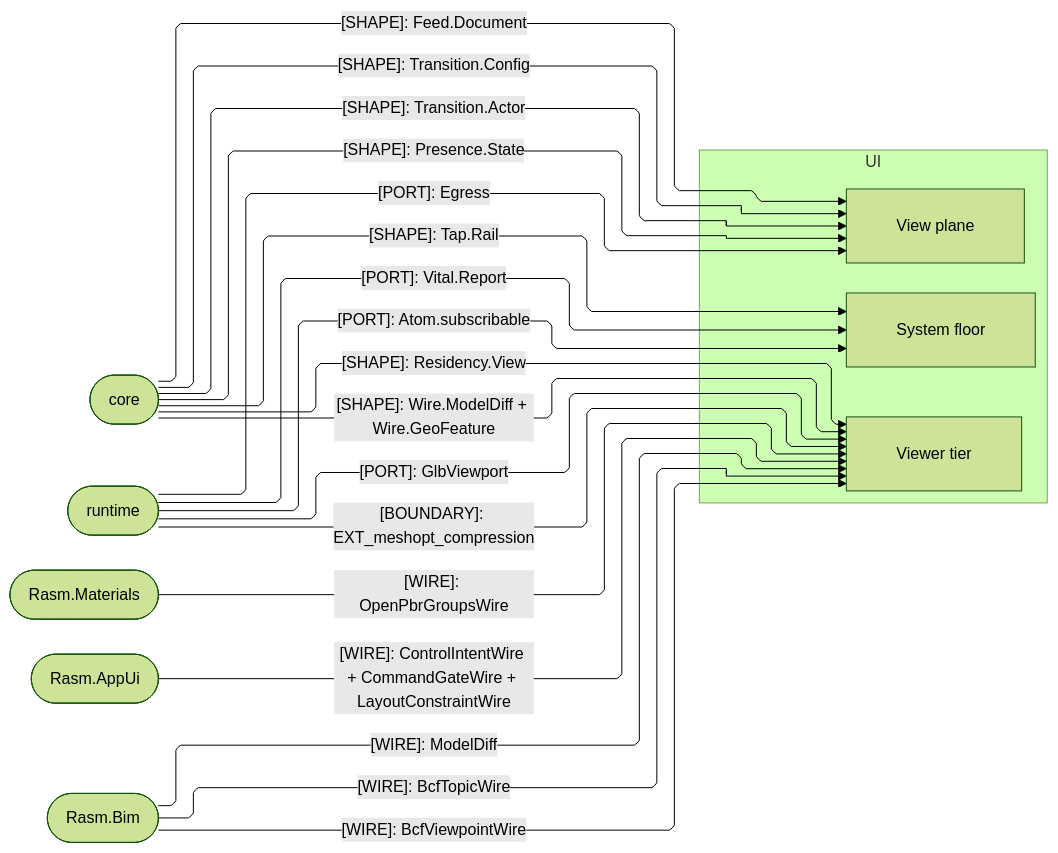
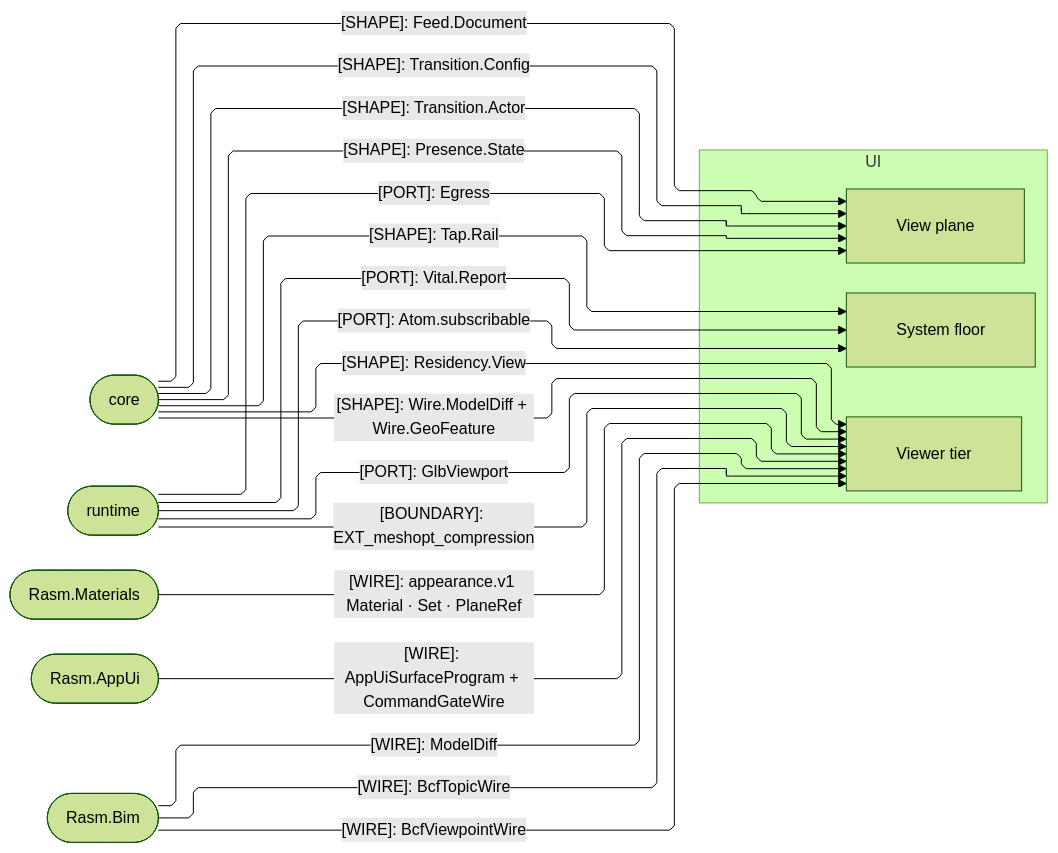
Before and after one commit to bsamiee/Rasm: the second of 3 diagrams in libs/typescript/ui/ARCHITECTURE.md, drawn with Mermaid (forest theme). The commit also changed other lines of this file and 820 other files, not shown here.

````diff
--- a/libs/typescript/ui/ARCHITECTURE.md
+++ b/libs/typescript/ui/ARCHITECTURE.md
@@ -103,39 +103,39 @@
 ```mermaid
 ---
 config:
   layout: elk
   flowchart:
     curve: linear
     padding: 25
 ---
 flowchart LR
     accTitle: UI package seam registry
     accDescr: Which value, wire, port, and receipt contracts cross between the ui owners and their core, runtime, and C# counterparts.
     subgraph ui[UI]
         System[System floor]
         View[View plane]
         Viewer[Viewer tier]
     end
     Core([core])
     Runtime([runtime])
     Materials([Rasm.Materials])
     AppUi([Rasm.AppUi])
     Bim([Rasm.Bim])
     Core e1@-->|"[SHAPE]: Feed.Document"| View
     Core e2@-->|"[SHAPE]: Transition.Config"| View
     Core e3@-->|"[SHAPE]: Transition.Actor"| View
     Core e4@-->|"[SHAPE]: Presence.State"| View
     Core e5@-->|"[SHAPE]: Residency.View"| Viewer
     Core e6@-->|"[SHAPE]: Wire.ModelDiff + Wire.GeoFeature"| Viewer
     Core e7@-->|"[SHAPE]: Tap.Rail"| System
     Runtime e8@-->|"[PORT]: Atom.subscribable"| System
     Runtime e9@-->|"[PORT]: GlbViewport"| Viewer
     Runtime e10@-->|"[PORT]: Vital.Report"| System
     Runtime e11@-->|"[BOUNDARY]: EXT_meshopt_compression"| Viewer
     Runtime e12@-->|"[PORT]: Egress"| View
-    Materials e13@-->|"[WIRE]: OpenPbrGroupsWire"| Viewer
-    AppUi e14@-->|"[WIRE]: ControlIntentWire + CommandGateWire + LayoutConstraintWire"| Viewer
+    Materials e13@-->|"[WIRE]: appearance.v1 Material · Set · PlaneRef"| Viewer
+    AppUi e14@-->|"[WIRE]: AppUiSurfaceProgram + CommandGateWire"| Viewer
     Bim e15@-->|"[WIRE]: BcfTopicWire"| Viewer
     Bim e16@-->|"[WIRE]: BcfViewpointWire"| Viewer
     Bim e17@-->|"[WIRE]: ModelDiff"| Viewer
 ```
````
